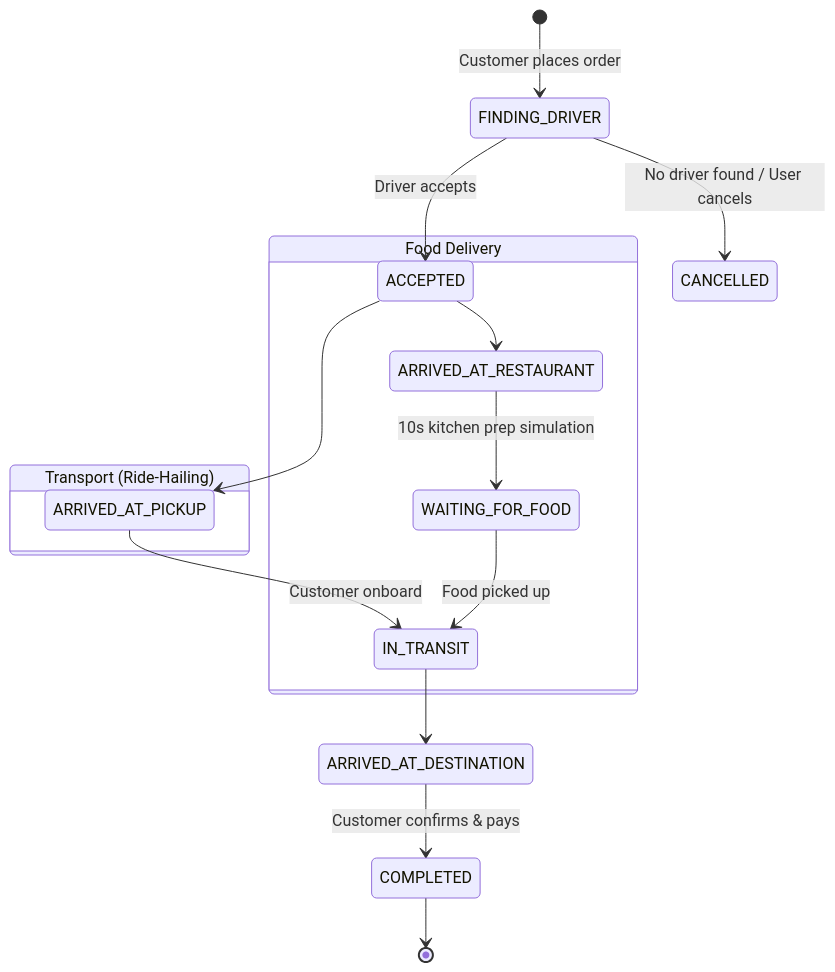
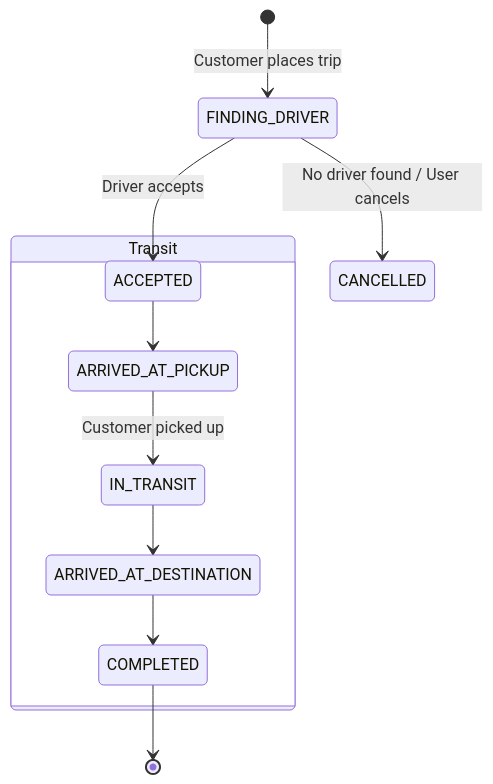
One commit to dungnotnull/Crab-Transport-Food-Delivery-Platform changed the diagram in README.md. Above: the diagram before and after it, drawn with Mermaid. The commit also changed other lines of this file and 24 other files, not shown here.

````diff
--- a/README.md
+++ b/README.md
@@ -78,22 +77,14 @@
 ```mermaid
 stateDiagram-v2
-    [*] --> FINDING_DRIVER: Customer places order
+    [*] --> FINDING_DRIVER: Customer places trip
     FINDING_DRIVER --> ACCEPTED: Driver accepts
     FINDING_DRIVER --> CANCELLED: No driver found / User cancels
 
-    state "Transport (Ride-Hailing)" as Ride {
+    state "Transit" as Transit {
         ACCEPTED --> ARRIVED_AT_PICKUP
-        ARRIVED_AT_PICKUP --> IN_TRANSIT: Customer onboard
+        ARRIVED_AT_PICKUP --> IN_TRANSIT: Customer picked up
+        IN_TRANSIT --> ARRIVED_AT_DESTINATION
+        ARRIVED_AT_DESTINATION --> COMPLETED
     }
-
-    state "Food Delivery" as Food {
-        ACCEPTED --> ARRIVED_AT_RESTAURANT
-        ARRIVED_AT_RESTAURANT --> WAITING_FOR_FOOD: 10s kitchen prep simulation
-        WAITING_FOR_FOOD --> IN_TRANSIT: Food picked up
-    }
-
-    IN_TRANSIT --> ARRIVED_AT_DESTINATION
-    ARRIVED_AT_DESTINATION --> COMPLETED: Customer confirms & pays
     COMPLETED --> [*]
-
 ```
````
